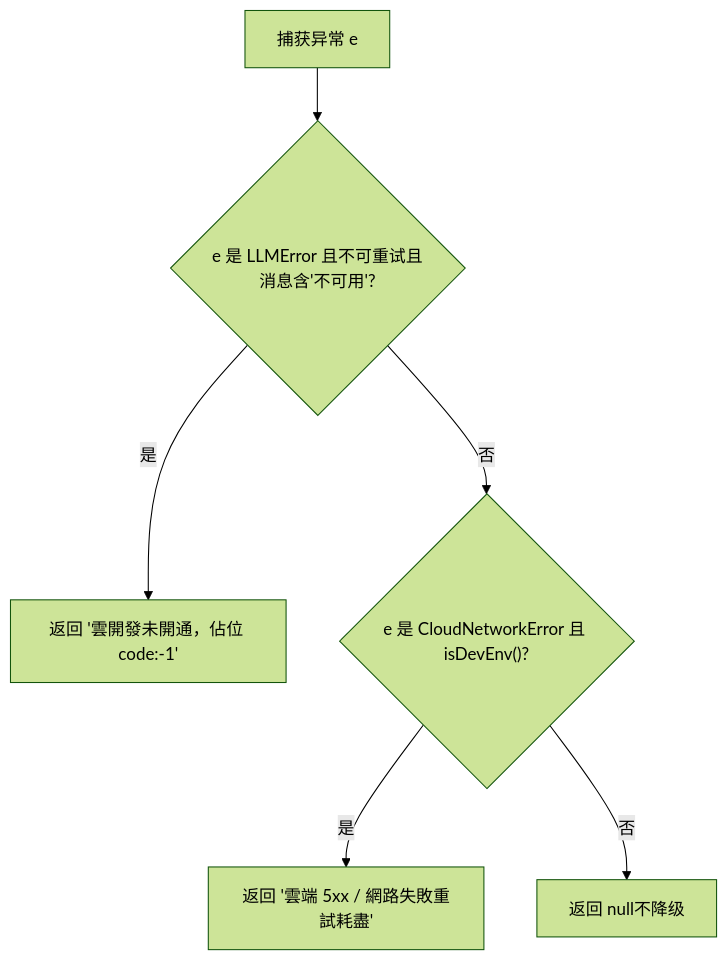
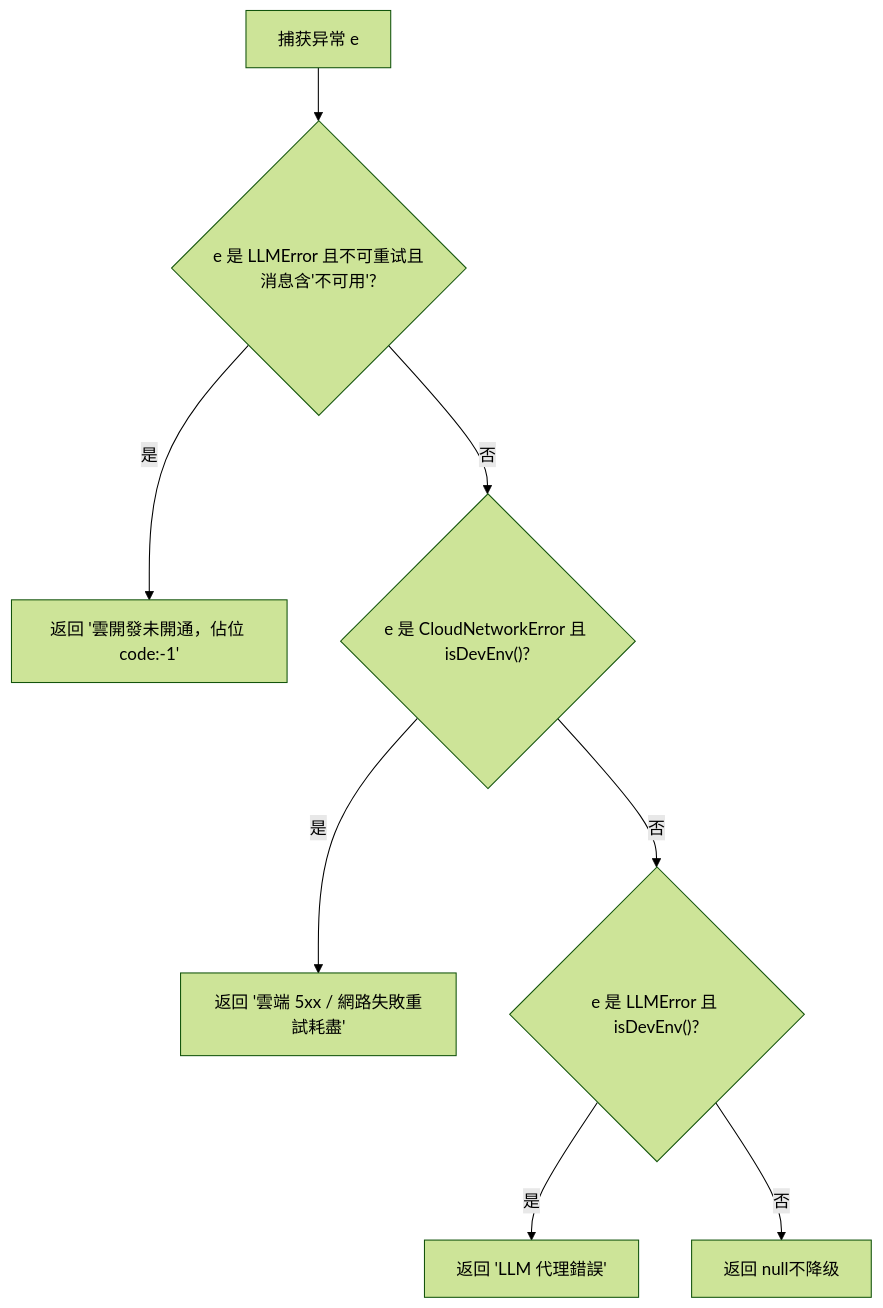
Before and after one commit to Ichi-Hackton/WAIC-WeChat-MiniProgram: the fifth of 9 diagrams in .qoder/repowiki/zh/content/LLM集成/LLM客户端.md, drawn with Mermaid (forest theme). The commit also changed other lines of this file and 28 other files, not shown here.

````diff
--- a/.qoder/repowiki/zh/content/LLM集成/LLM客户端.md
+++ b/.qoder/repowiki/zh/content/LLM集成/LLM客户端.md
@@ -229,8 +259,10 @@
 ```mermaid
 flowchart TD
 E["捕获异常 e"] --> CheckLLM{"e 是 LLMError 且不可重试且消息含'不可用'?"}
 CheckLLM --> |是| Reason1["返回 '雲開發未開通，佔位 code:-1'"]
 CheckLLM --> |否| CheckCloud{"e 是 CloudNetworkError 且 isDevEnv()?"}
 CheckCloud --> |是| Reason2["返回 '雲端 5xx / 網路失敗重試耗盡'"]
-CheckCloud --> |否| NoFallback["返回 null不降级"]
+CheckCloud --> |否| CheckDev{"e 是 LLMError 且 isDevEnv()?"}
+CheckDev --> |是| Reason3["返回 'LLM 代理錯誤'"]
+CheckDev --> |否| NoFallback["返回 null不降级"]
 ```
````
